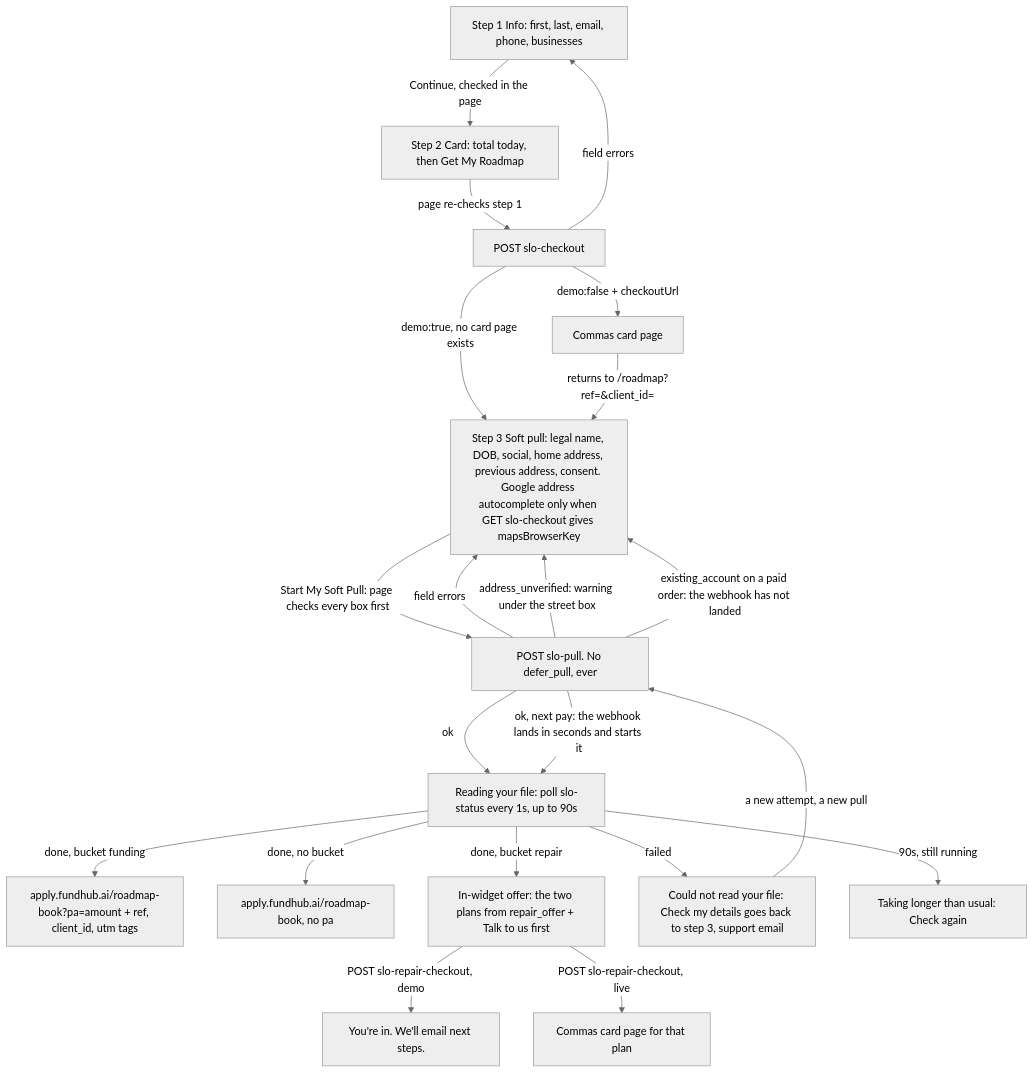
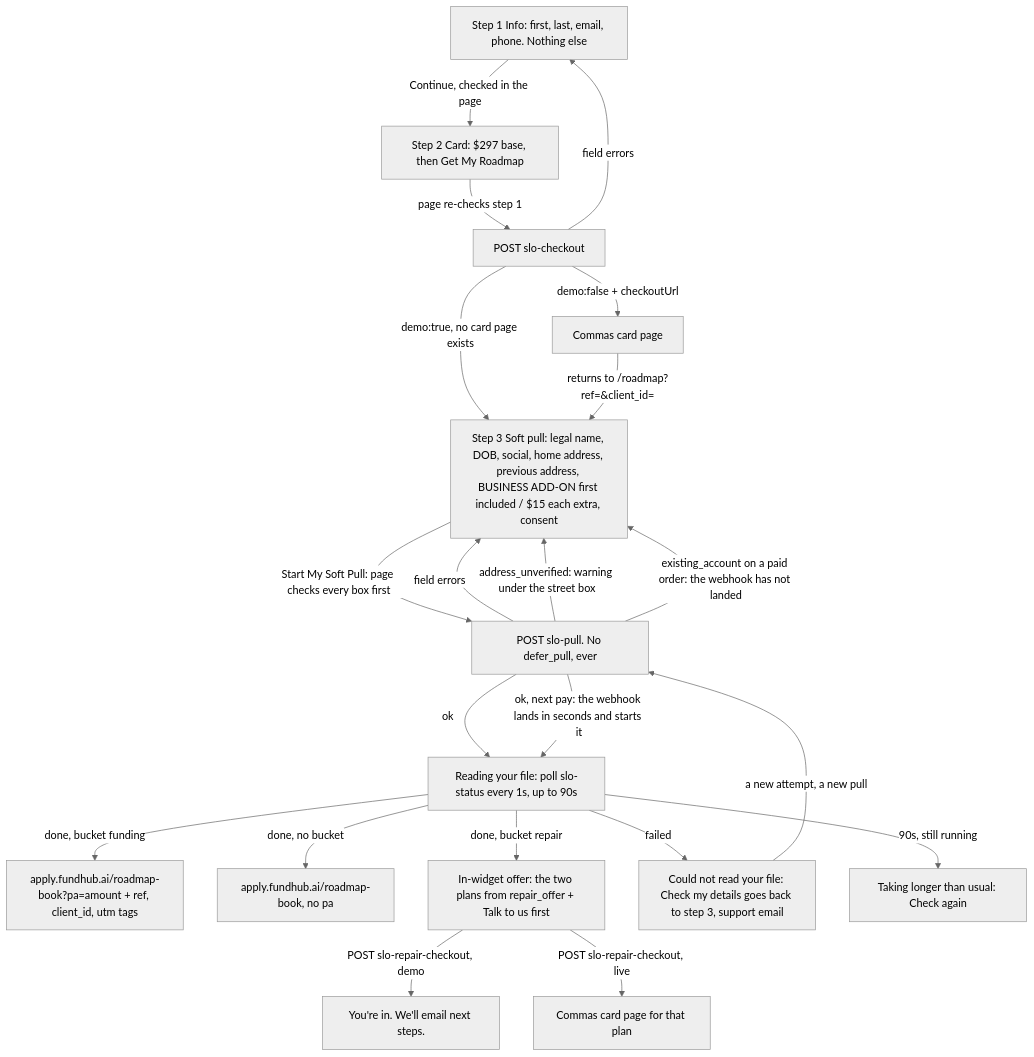
Before and after one commit to ZootimusMaximusSupreme/Fundhub_ai: the second of 2 diagrams in docs/journeys/slo-roadmap-widget-flow.md, drawn with Mermaid (neutral theme). The commit also changed other lines of this file and 2 other files, not shown here.

First paragraph of the commit message:
Step 1 is contact only. The business add-on moves to step 3, after the card.
Owner-set 2026-09-27: "business goes to the 3. its 1 click upsell!"

````diff
--- a/docs/journeys/slo-roadmap-widget-flow.md
+++ b/docs/journeys/slo-roadmap-widget-flow.md
@@ -113,23 +113,23 @@
 ```mermaid
 flowchart TD
-    A[Step 1 Info: first, last, email, phone, businesses] -->|Continue, checked in the page| B[Step 2 Card: total today, then Get My Roadmap]
+    A[Step 1 Info: first, last, email, phone. Nothing else] -->|Continue, checked in the page| B[Step 2 Card: $297 base, then Get My Roadmap]
     B -->|page re-checks step 1| C[POST slo-checkout]
     C -->|field errors| A
     C -->|demo:true, no card page exists| S3
     C -->|demo:false + checkoutUrl| G[Commas card page]
-    G -->|returns to /roadmap?ref=&client_id=| S3[Step 3 Soft pull: legal name, DOB, social, home address, previous address, consent. Google address autocomplete only when GET slo-checkout gives mapsBrowserKey]
+    G -->|returns to /roadmap?ref=&client_id=| S3[Step 3 Soft pull: legal name, DOB, social, home address, previous address, BUSINESS ADD-ON first included / $15 each extra, consent]
     S3 -->|Start My Soft Pull: page checks every box first| D[POST slo-pull. No defer_pull, ever]
     D -->|field errors| S3
     D -->|address_unverified: warning under the street box| S3
     D -->|existing_account on a paid order: the webhook has not landed| S3
     D -->|ok| F[Reading your file: poll slo-status every 1s, up to 90s]
     D -->|ok, next pay: the webhook lands in seconds and starts it| F
     F -->|done, bucket funding| H[apply.fundhub.ai/roadmap-book?pa=amount + ref, client_id, utm tags]
     F -->|done, no bucket| I[apply.fundhub.ai/roadmap-book, no pa]
     F -->|done, bucket repair| J[In-widget offer: the two plans from repair_offer + Talk to us first]
     F -->|failed| K[Could not read your file: Check my details goes back to step 3, support email]
     K -->|a new attempt, a new pull| D
     F -->|90s, still running| L[Taking longer than usual: Check again]
     J -->|POST slo-repair-checkout, demo| M[You're in. We'll email next steps.]
     J -->|POST slo-repair-checkout, live| N[Commas card page for that plan]
 ```
````
